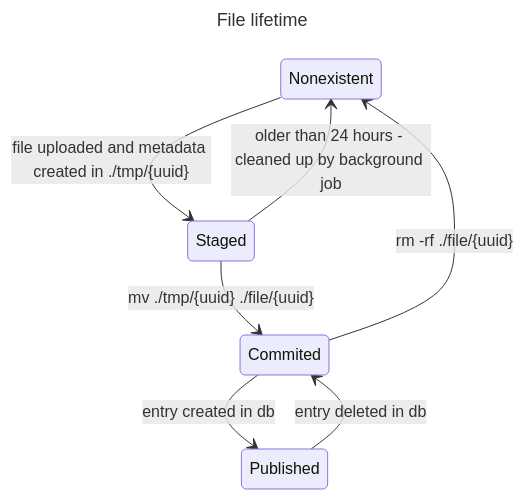
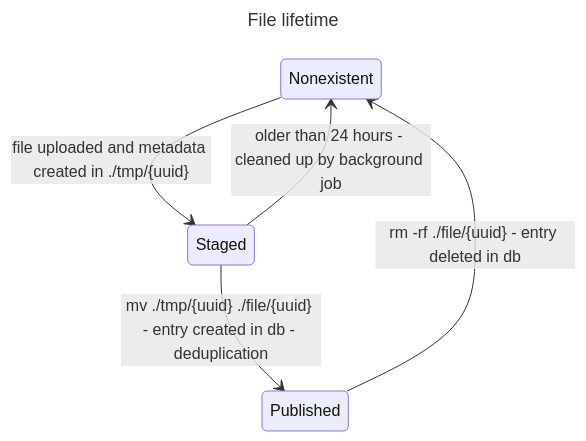
Before and after one commit to fugleadvokatene/bino: the diagram in doc/file-lifetime.mmd, drawn with Mermaid. The commit also changed 10 other files, not shown here.

```diff
--- a/doc/file-lifetime.mmd
+++ b/doc/file-lifetime.mmd
@@ -1,10 +1,8 @@
 ---
 title: File lifetime
 ---
 stateDiagram-v2
     Nonexistent --> Staged: file uploaded and metadata created in ./tmp/{uuid}
     Staged --> Nonexistent: older than 24 hours - cleaned up by background job
-    Staged --> Commited: mv ./tmp/{uuid} ./file/{uuid}
-    Commited --> Published: entry created in db
-    Published --> Commited: entry deleted in db
-    Commited --> Nonexistent: rm -rf ./file/{uuid}
+    Staged --> Published: mv ./tmp/{uuid} ./file/{uuid} - entry created in db - deduplication
+    Published --> Nonexistent: rm -rf ./file/{uuid} - entry deleted in db
```
